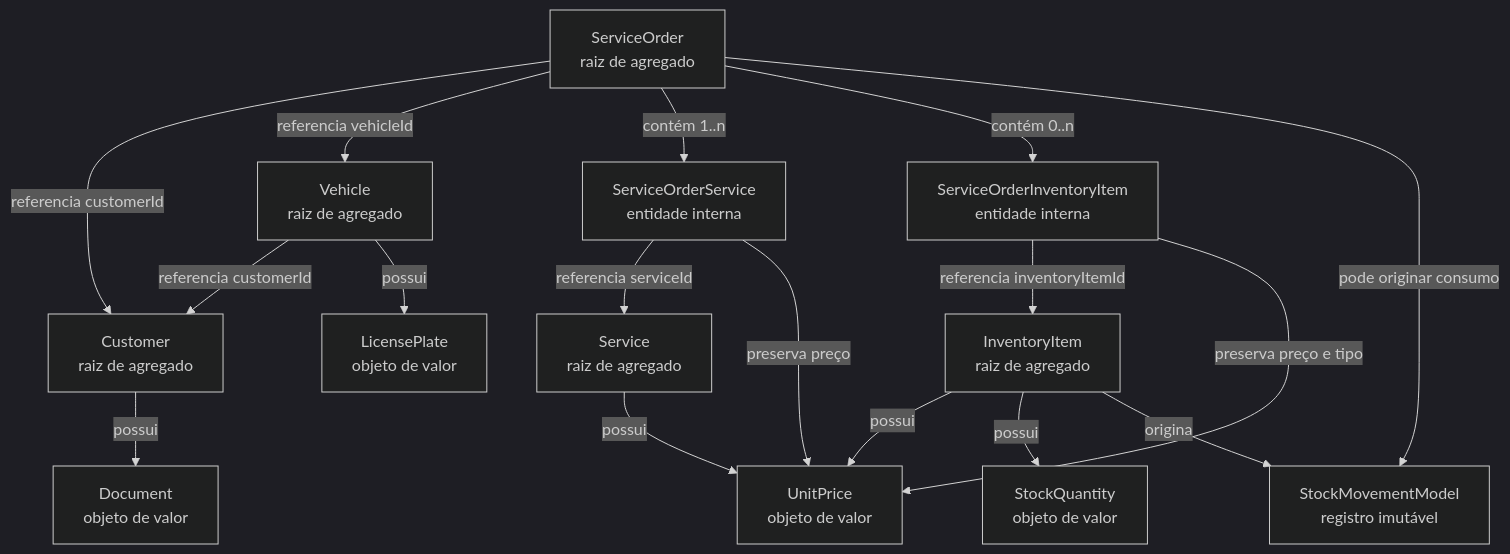
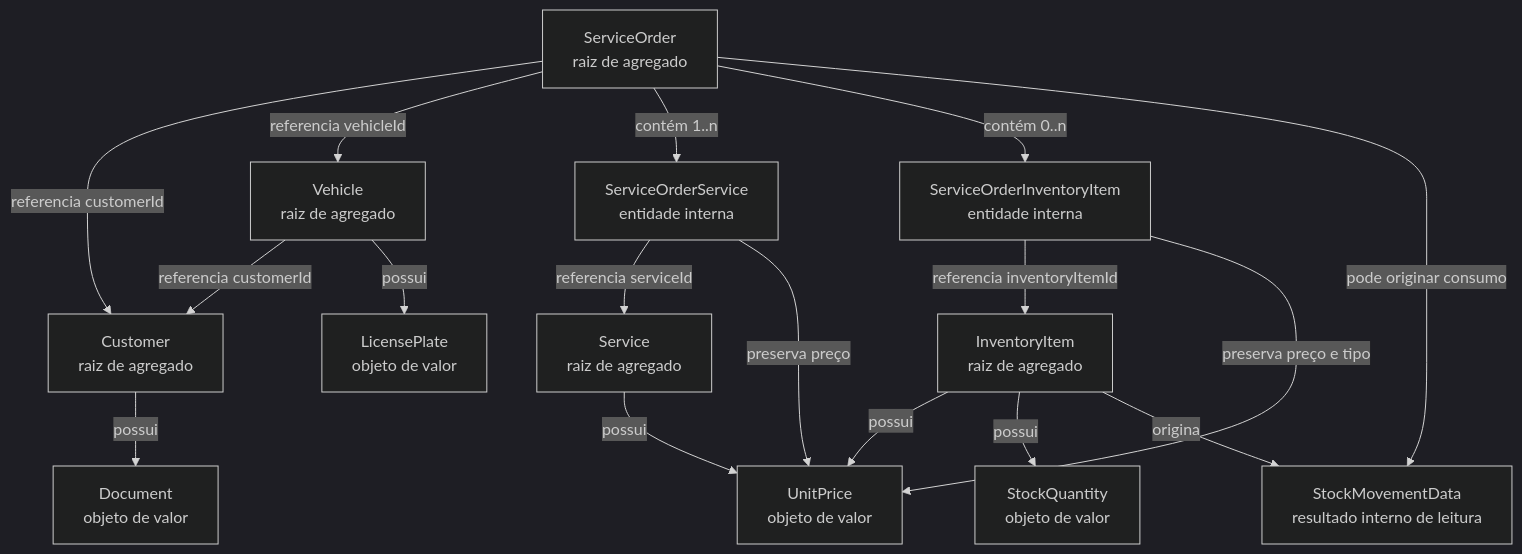
The third of 8 diagrams in docs/ddd/diagrams.md (saranbruno/Tech-Challenge-Oficina), drawn with Mermaid (dark theme) before and after one commit. The commit also changed other lines of this file and 69 other files, not shown here.

````diff
--- a/docs/ddd/diagrams.md
+++ b/docs/ddd/diagrams.md
@@ -80,32 +79,32 @@
 ```mermaid
 flowchart TB
     CustomerRoot["Customer<br/>raiz de agregado"]
     Document["Document<br/>objeto de valor"]
     VehicleRoot["Vehicle<br/>raiz de agregado"]
     Plate["LicensePlate<br/>objeto de valor"]
     ServiceRoot["Service<br/>raiz de agregado"]
     InventoryRoot["InventoryItem<br/>raiz de agregado"]
     Stock["StockQuantity<br/>objeto de valor"]
-    Movement["StockMovementModel<br/>registro imutável"]
+    Movement["StockMovementData<br/>resultado interno de leitura"]
     OrderRoot["ServiceOrder<br/>raiz de agregado"]
     OrderService["ServiceOrderService<br/>entidade interna"]
     OrderInventory["ServiceOrderInventoryItem<br/>entidade interna"]
     UnitPrice["UnitPrice<br/>objeto de valor"]
 
     CustomerRoot -->|possui| Document
     VehicleRoot -->|referencia customerId| CustomerRoot
     VehicleRoot -->|possui| Plate
     ServiceRoot -->|possui| UnitPrice
     InventoryRoot -->|possui| UnitPrice
     InventoryRoot -->|possui| Stock
     InventoryRoot -->|origina| Movement
     OrderRoot -->|referencia customerId| CustomerRoot
     OrderRoot -->|referencia vehicleId| VehicleRoot
     OrderRoot -->|contém 1..n| OrderService
     OrderRoot -->|contém 0..n| OrderInventory
     OrderService -->|referencia serviceId| ServiceRoot
     OrderService -->|preserva preço| UnitPrice
     OrderInventory -->|referencia inventoryItemId| InventoryRoot
     OrderInventory -->|preserva preço e tipo| UnitPrice
     OrderRoot -->|pode originar consumo| Movement
 ```
````
